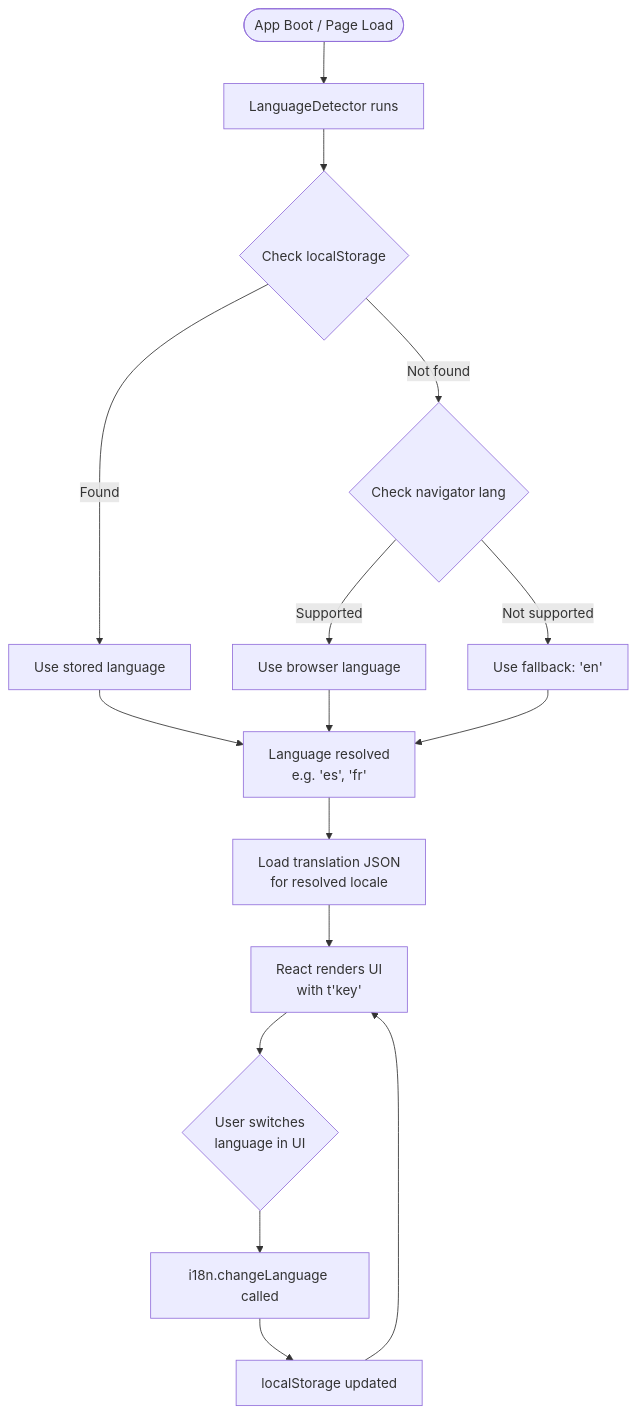
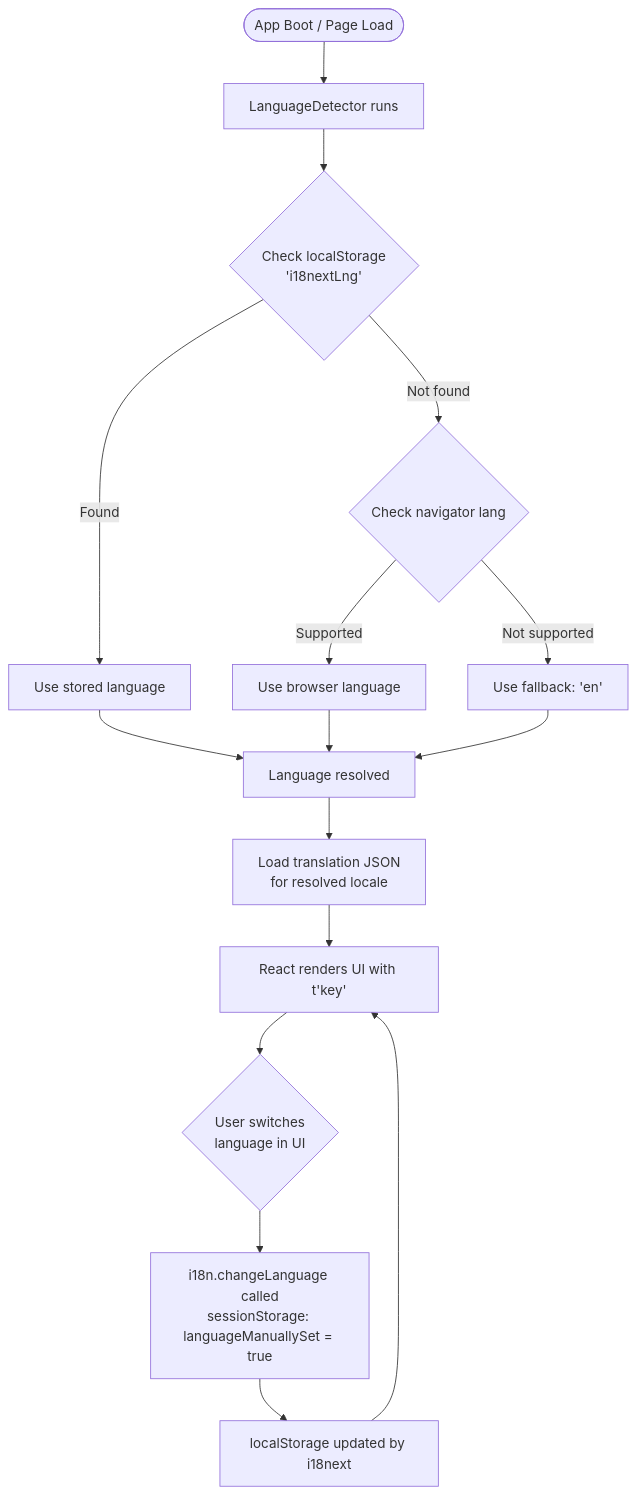
Before and after one commit to BlasLezo1741/TRANSCENDENCE: the first of 2 diagrams in srcs/frontend/doc/I18N_SYSTEM_DOCUMENTATION.md, drawn with Mermaid. The commit also changed other lines of this file and 3 other files, not shown here.

````diff
--- a/srcs/frontend/doc/I18N_SYSTEM_DOCUMENTATION.md
+++ b/srcs/frontend/doc/I18N_SYSTEM_DOCUMENTATION.md
@@ -48,16 +54,16 @@
 ```mermaid
 flowchart TD
     A([App Boot / Page Load]) --> B[LanguageDetector runs]
-    B --> C{Check localStorage}
+    B --> C{Check localStorage\n'i18nextLng'}
     C -- Found --> D[Use stored language]
     C -- Not found --> E{Check navigator lang}
     E -- Supported --> F[Use browser language]
     E -- Not supported --> G[Use fallback: 'en']
-    D & F & G --> H[Language resolved\ne.g. 'es', 'fr']
+    D & F & G --> H[Language resolved]
     H --> I[Load translation JSON\nfor resolved locale]
-    I --> J[React renders UI\nwith t'key']
+    I --> J[React renders UI with t'key']
     J --> K{User switches\nlanguage in UI}
-    K --> L[i18n.changeLanguage called]
-    L --> M[localStorage updated]
+    K --> L[i18n.changeLanguage called\nsessionStorage: languageManuallySet = true]
+    L --> M[localStorage updated by i18next]
     M --> J
 ```
````
